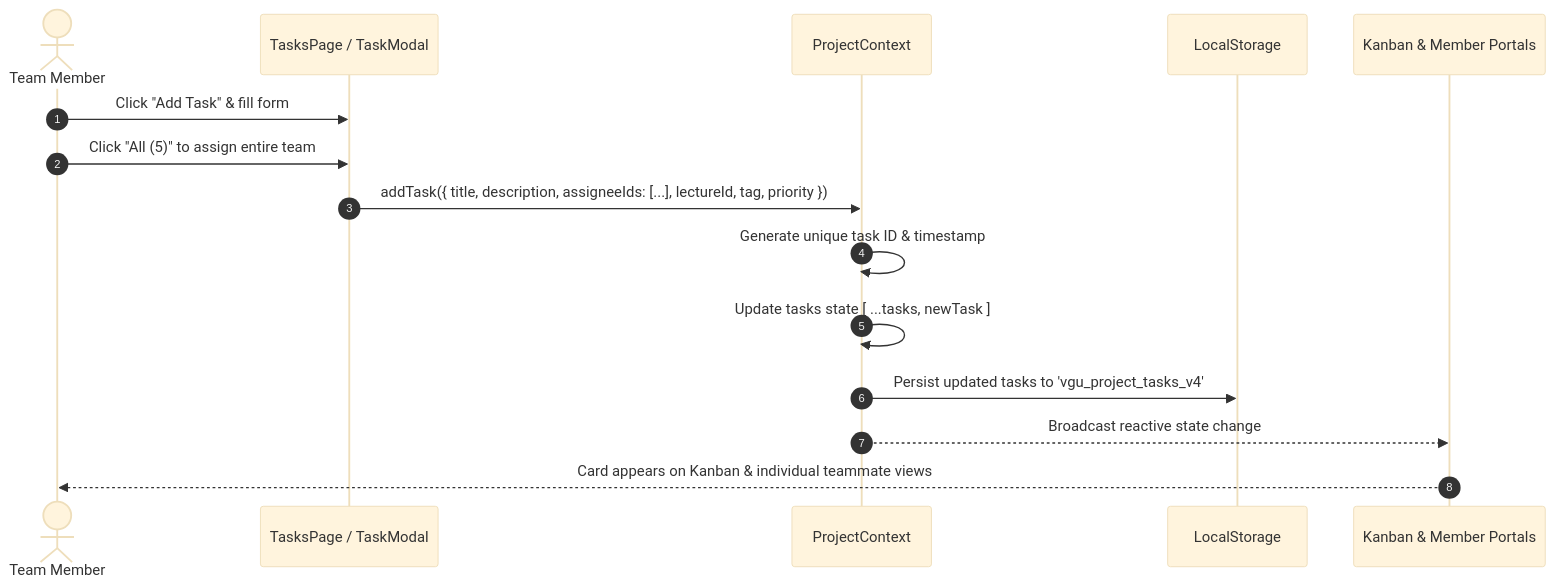
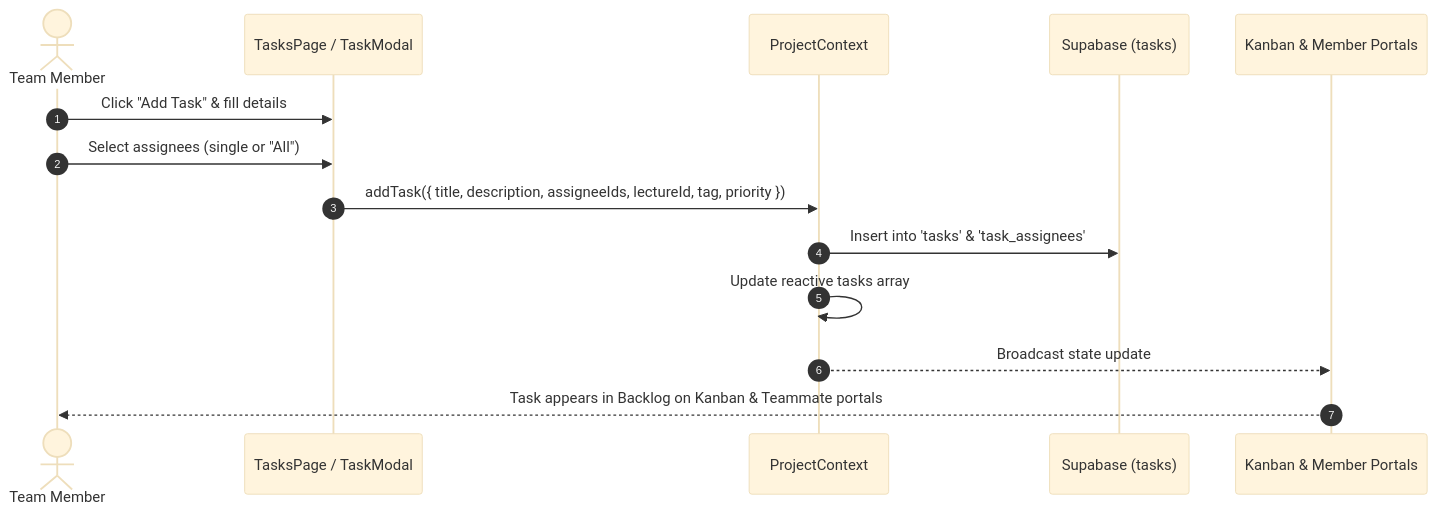
Before and after one commit to KiwisCodes/VGU-Project-Course: the third of 5 diagrams in README.md, drawn with Mermaid (base theme). The commit also changed other lines of this file, not shown here.

Commit message:
docs: update README with Supabase, team leader designation, dynamic id resolution, and unlocked lecture dossiers

````diff
--- a/README.md
+++ b/README.md
@@ -292,18 +440,17 @@
 ```mermaid
 sequenceDiagram
     autonumber
     actor User as Team Member
     participant UI as TasksPage / TaskModal
     participant Ctx as ProjectContext
-    participant LS as LocalStorage
+    participant SB as Supabase (tasks)
     participant Views as Kanban & Member Portals
 
-    User->>UI: Click "Add Task" & fill form
-    User->>UI: Click "All (5)" to assign entire team
-    UI->>Ctx: addTask({ title, description, assigneeIds: [...], lectureId, tag, priority })
-    Ctx->>Ctx: Generate unique task ID & timestamp
-    Ctx->>Ctx: Update tasks state [ ...tasks, newTask ]
-    Ctx->>LS: Persist updated tasks to 'vgu_project_tasks_v4'
-    Ctx-->>Views: Broadcast reactive state change
-    Views-->>User: Card appears on Kanban & individual teammate views
+    User->>UI: Click "Add Task" & fill details
+    User->>UI: Select assignees (single or "All")
+    UI->>Ctx: addTask({ title, description, assigneeIds, lectureId, tag, priority })
+    Ctx->>SB: Insert into 'tasks' & 'task_assignees'
+    Ctx->>Ctx: Update reactive tasks array
+    Ctx-->>Views: Broadcast state update
+    Views-->>User: Task appears in Backlog on Kanban & Teammate portals
 ```
````
